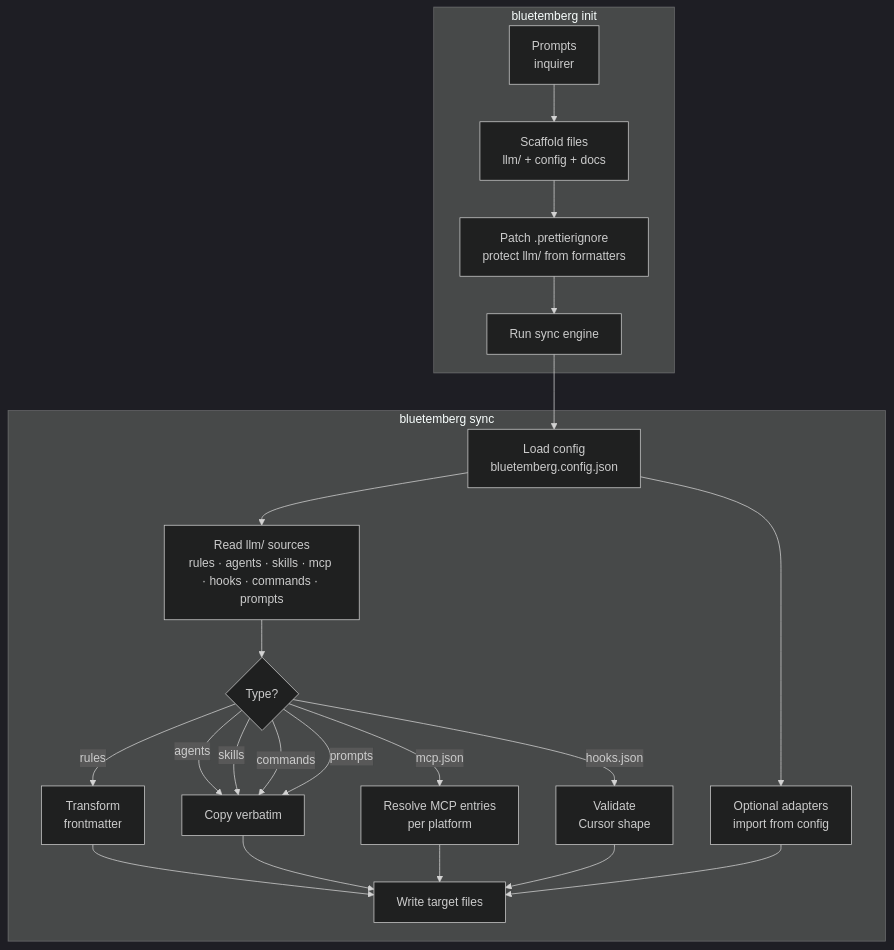
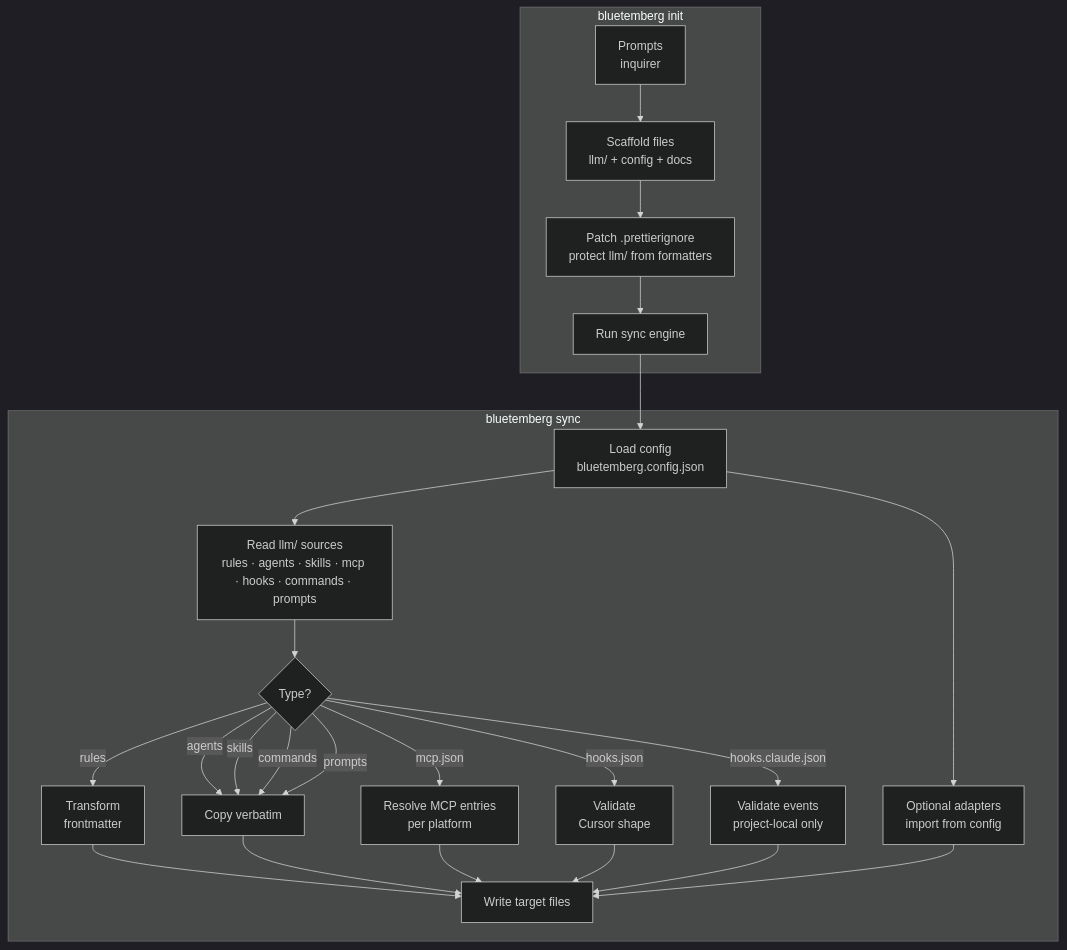
The first of 3 diagrams in docs/wiki/Architecture.md (prototypdigital/bluetemberg), drawn with Mermaid (dark theme) before and after one commit. The commit also changed other lines of this file and 9 other files, not shown here.

First line of the commit message:
feat(sync): sync Claude Code hooks from llm/hooks.claude.json

````diff
--- a/docs/wiki/Architecture.md
+++ b/docs/wiki/Architecture.md
@@ -7,28 +7,30 @@
 ```mermaid
 flowchart TD
     subgraph init ["bluetemberg init"]
         A[Prompts\ninquirer] --> B[Scaffold files\nllm/ + config + docs]
         B --> B2[Patch .prettierignore\nprotect llm/ from formatters]
         B2 --> C[Run sync engine]
     end
 
     subgraph sync ["bluetemberg sync"]
         D[Load config\nbluetemberg.config.json] --> E[Read llm/ sources\nrules · agents · skills · mcp · hooks · commands · prompts]
         D --> L[Optional adapters\nimport from config]
         E --> F{Type?}
         F -->|rules| G[Transform\nfrontmatter]
         F -->|agents| H[Copy verbatim]
         F -->|skills| H
         F -->|commands| H
         F -->|prompts| H
         F -->|mcp.json| J[Resolve MCP entries\nper platform]
         F -->|hooks.json| K[Validate\nCursor shape]
+        F -->|hooks.claude.json| K2[Validate events\nproject-local only]
         G --> I[Write target files]
         H --> I
         J --> I
         K --> I
+        K2 --> I
         L --> I
     end
 
     C --> D
 ```
````
